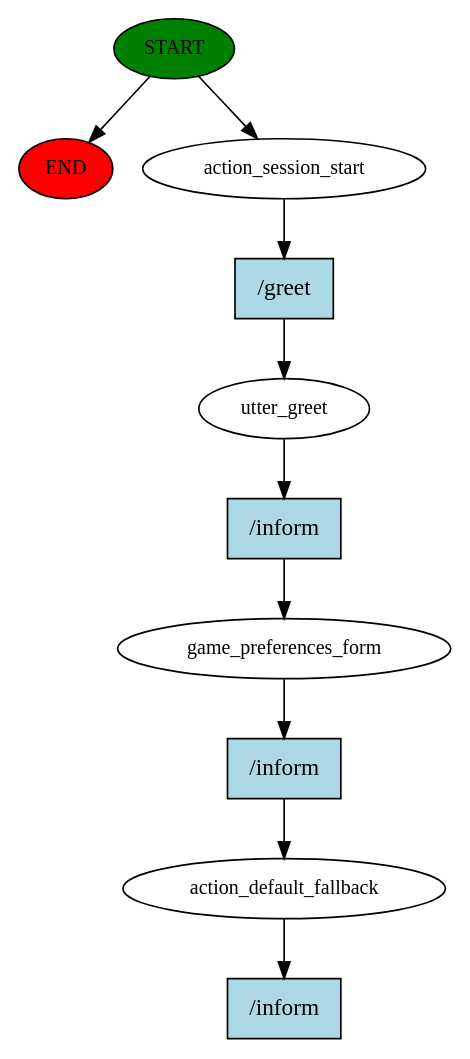
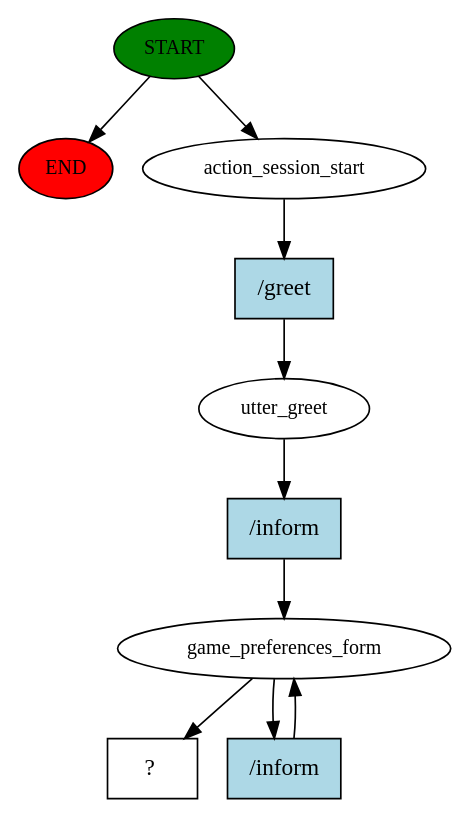
One commit to MattSona99/DataScience changed the diagram in Chatbot/story_graph.dot. Above: the diagram before and after it, drawn with Graphviz. The commit also changed 8 other files, not shown here.

```diff
--- a/Chatbot/story_graph.dot
+++ b/Chatbot/story_graph.dot
@@ -1,21 +1,20 @@
 digraph  {
 0 [class="start active", fillcolor=green, fontsize=12, label=START, style=filled];
 "-1" [class=end, fillcolor=red, fontsize=12, label=END, style=filled];
 1 [class=active, fontsize=12, label=action_session_start];
 2 [class=active, fontsize=12, label=utter_greet];
 3 [class=active, fontsize=12, label=game_preferences_form];
-4 [class="dashed active", fontsize=12, label=action_default_fallback];
-5 [class="intent active", fillcolor=lightblue, label="/greet", shape=rect, style=filled];
-6 [class="intent active", fillcolor=lightblue, label="/inform", shape=rect, style=filled];
+5 [class="intent dashed active", label="  ?  ", shape=rect];
+6 [class="intent active", fillcolor=lightblue, label="/greet", shape=rect, style=filled];
 7 [class="intent active", fillcolor=lightblue, label="/inform", shape=rect, style=filled];
 8 [class="intent active", fillcolor=lightblue, label="/inform", shape=rect, style=filled];
 0 -> "-1"  [class="", key=NONE, label=""];
 0 -> 1  [class=active, key=NONE, label=""];
-1 -> 5  [class=active, key=0];
-2 -> 6  [class=active, key=0];
-3 -> 7  [class=active, key=0];
-4 -> 8  [class=active, key=0];
-5 -> 2  [class=active, key=0];
-6 -> 3  [class=active, key=0];
-7 -> 4  [class=active, key=0];
+1 -> 6  [class=active, key=0];
+2 -> 7  [class=active, key=0];
+3 -> 5  [class=active, key=NONE, label=""];
+3 -> 8  [class=active, key=0];
+6 -> 2  [class=active, key=0];
+7 -> 3  [class=active, key=0];
+8 -> 3  [class=active, key=0];
 }
```
